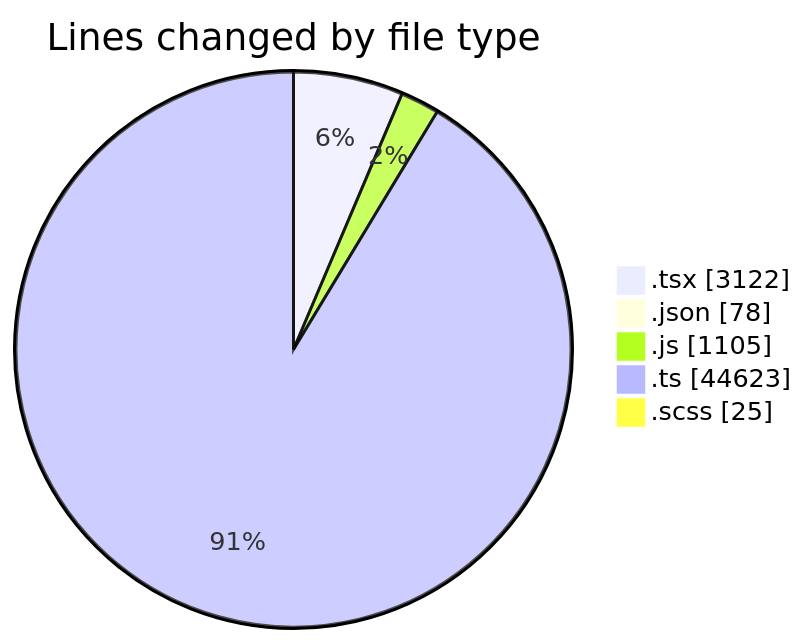
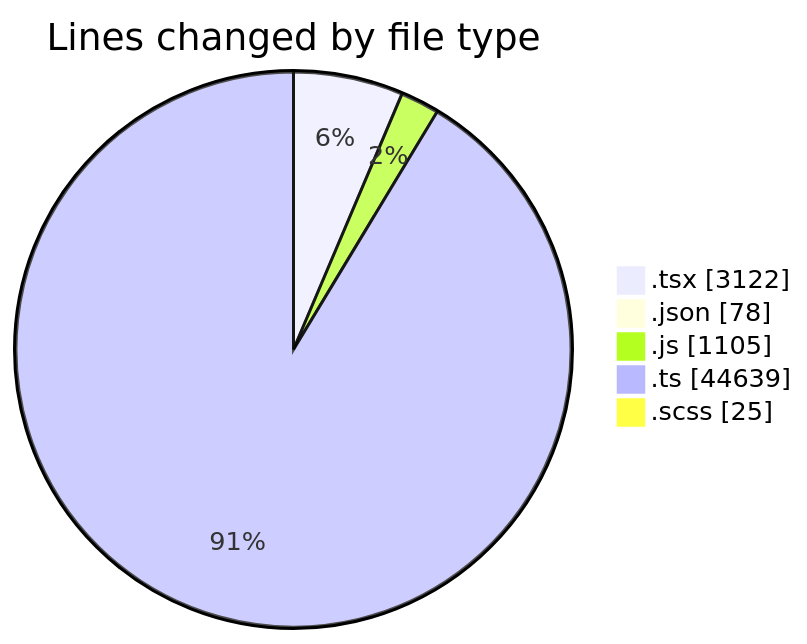
Before and after one commit to momahboobian/code-tracking: the first of 2 diagrams in 2026-10-19/cda/README.md, drawn with Mermaid. The commit also changed other lines of this file and 1 other file, not shown here.

````diff
--- a/2026-10-19/cda/README.md
+++ b/2026-10-19/cda/README.md
@@ -42,9 +42,9 @@
 ```mermaid
 pie showData
 title Lines changed by file type
 ".tsx" : 3122
 ".json" : 78
 ".js" : 1105
-".ts" : 44623
+".ts" : 44639
 ".scss" : 25
 ```
````
